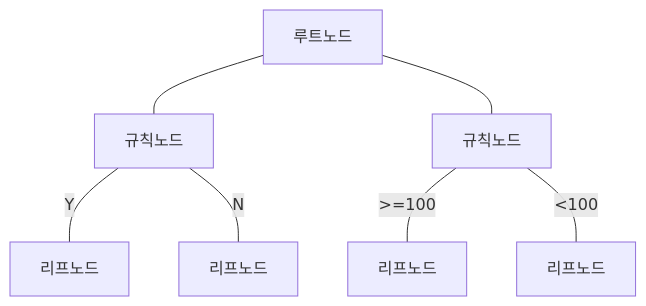
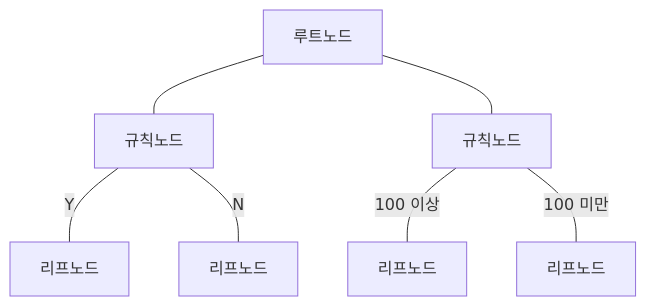
The first of 2 diagrams in blog/pe/algo/decision-tree.md (gracefullight/gracefullight.github.io), drawn with Mermaid before and after one commit. The commit also changed 3 other files, not shown here.

````diff
--- a/blog/pe/algo/decision-tree.md
+++ b/blog/pe/algo/decision-tree.md
@@ -22,12 +22,12 @@
 ```mermaid
 graph TB
   루트노드
   루트노드 --- 규칙노드1[규칙노드]
   루트노드 --- 규칙노드2[규칙노드]
 
   규칙노드1 ---|Y| 리프노드1[리프노드]
   규칙노드1 ---|N| 리프노드2[리프노드]
 
-  규칙노드2 ---|>=100| 리프노드3[리프노드]
-  규칙노드2 ---|<100| 리프노드4[리프노드]
+  규칙노드2 ---|100 이상| 리프노드3[리프노드]
+  규칙노드2 ---|100 미만| 리프노드4[리프노드]
 ```
````
